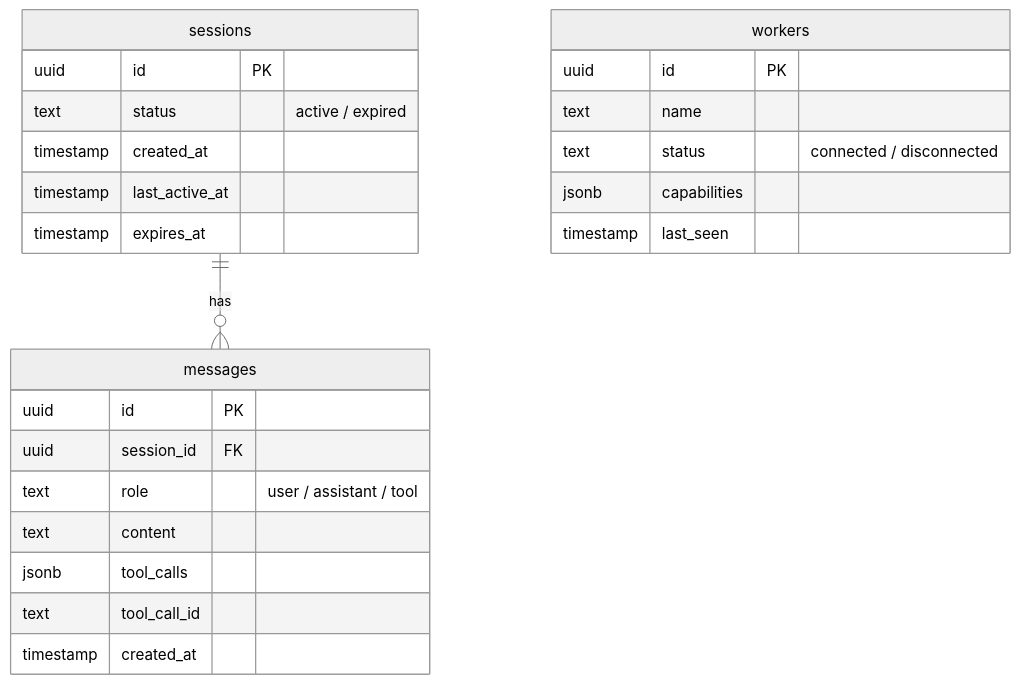
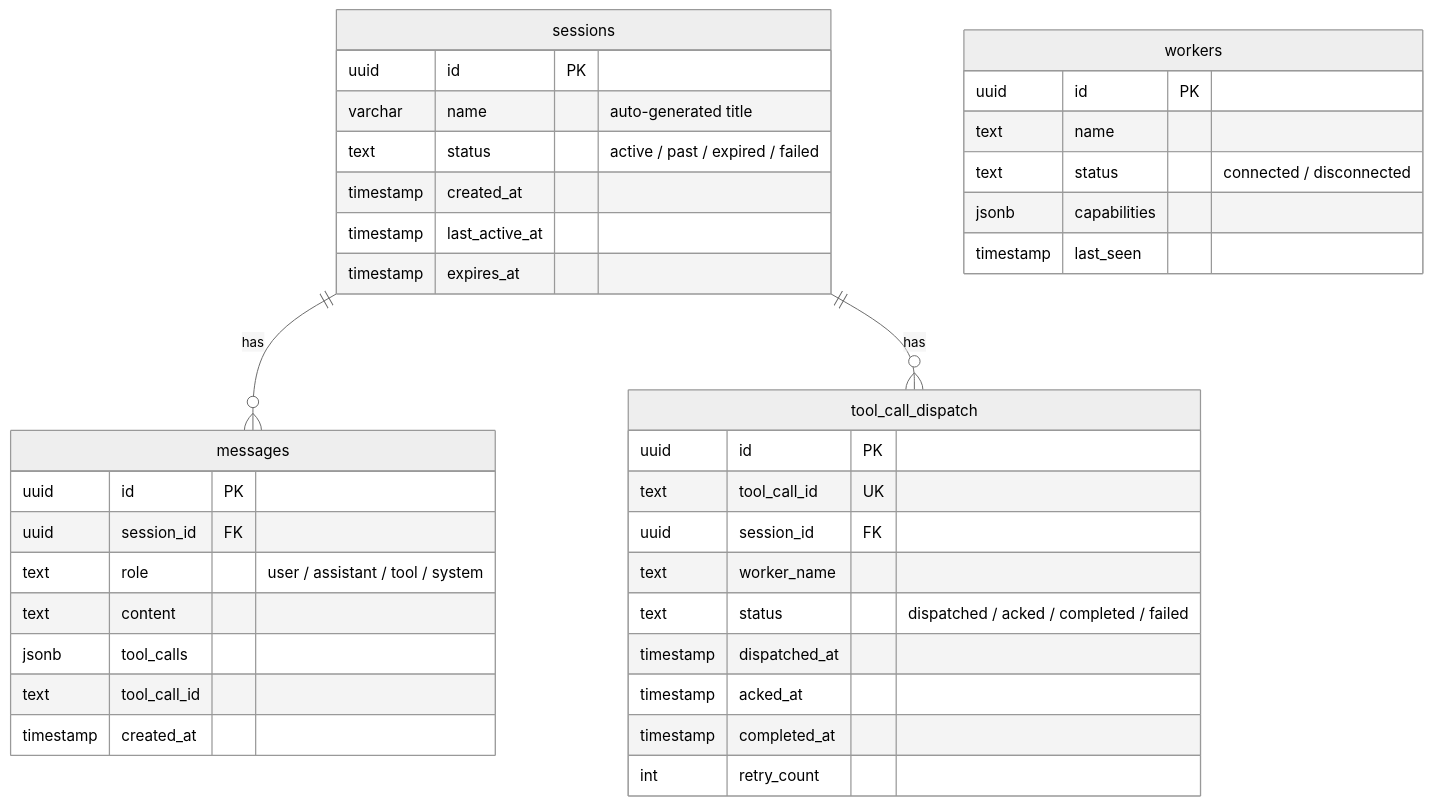
The fourth of 4 diagrams in PRESENTATION.md (AntoinePr/onsite-cursor-d-v3), drawn with Mermaid (neutral theme) before and after one commit. The commit also changed other lines of this file and 6 other files, not shown here.

````diff
--- a/PRESENTATION.md
+++ b/PRESENTATION.md
@@ -111,30 +124,44 @@
 ```mermaid
 erDiagram
   sessions {
     uuid id PK
-    text status "active / expired"
+    varchar name "auto-generated title"
+    text status "active / past / expired / failed"
     timestamp created_at
     timestamp last_active_at
     timestamp expires_at
   }
 
   messages {
     uuid id PK
     uuid session_id FK
-    text role "user / assistant / tool"
+    text role "user / assistant / tool / system"
     text content
     jsonb tool_calls
     text tool_call_id
     timestamp created_at
+  }
+
+  tool_call_dispatch {
+    uuid id PK
+    text tool_call_id UK
+    uuid session_id FK
+    text worker_name
+    text status "dispatched / acked / completed / failed"
+    timestamp dispatched_at
+    timestamp acked_at
+    timestamp completed_at
+    int retry_count
   }
 
   workers {
     uuid id PK
     text name
     text status "connected / disconnected"
     jsonb capabilities
     timestamp last_seen
   }
 
   sessions ||--o{ messages : "has"
+  sessions ||--o{ tool_call_dispatch : "has"
 ```
````
